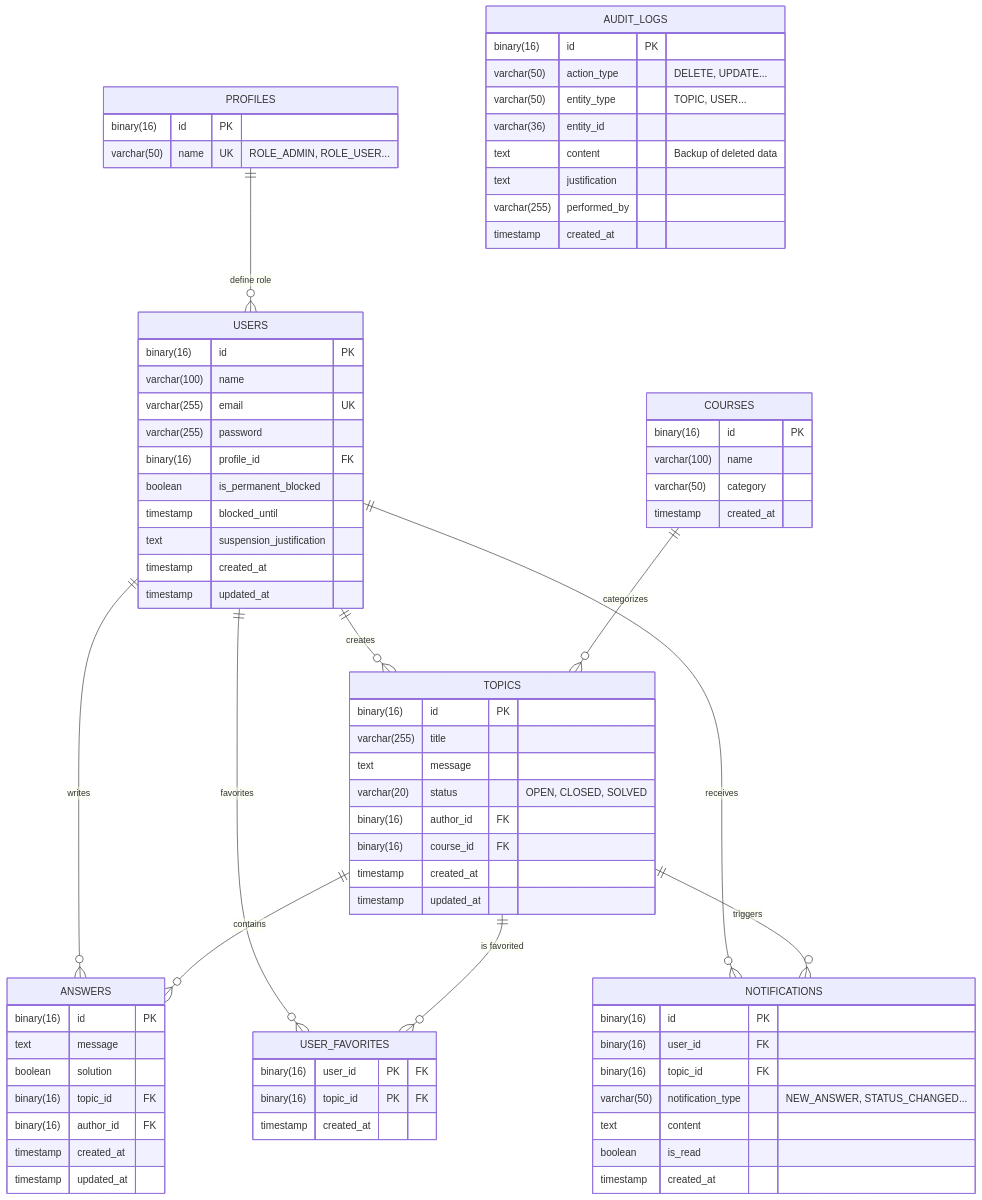
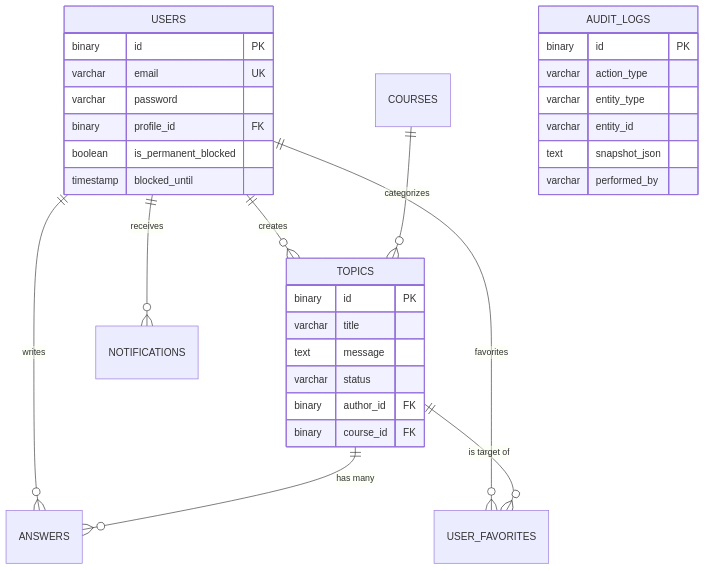
One commit to DessimA/forum-hub changed the first of 2 diagrams in docs/en/07-database.md. Above: the diagram before and after it, drawn with Mermaid. The commit also changed other lines of this file and 18 other files, not shown here.

Commit message:
docs: exaustive documentation update with Mermaid diagrams and total PT-BR/EN parity

````diff
--- a/docs/en/07-database.md
+++ b/docs/en/07-database.md
@@ -9,85 +9,39 @@
 ```mermaid
 erDiagram
-    PROFILES ||--o{ USERS : "define role"
     USERS ||--o{ TOPICS : creates
     USERS ||--o{ ANSWERS : writes
-    COURSES ||--o{ TOPICS : categorizes
-    TOPICS ||--o{ ANSWERS : contains
+    USERS ||--o{ NOTIFICATIONS : receives
     USERS ||--o{ USER_FAVORITES : favorites
-    TOPICS ||--o{ USER_FAVORITES : "is favorited"
-    USERS ||--o{ NOTIFICATIONS : receives
-    TOPICS ||--o{ NOTIFICATIONS : triggers
-
-    PROFILES {
-        binary(16) id PK
-        varchar(50) name UK "ROLE_ADMIN, ROLE_USER..."
-    }
-
+    
+    TOPICS ||--o{ ANSWERS : "has many"
+    TOPICS ||--o{ USER_FAVORITES : "is target of"
+    
+    COURSES ||--o{ TOPICS : "categorizes"
+    
     USERS {
-        binary(16) id PK
-        varchar(100) name
-        varchar(255) email UK
-        varchar(255) password
-        binary(16) profile_id FK
+        binary id PK
+        varchar email UK
+        varchar password
+        binary profile_id FK
         boolean is_permanent_blocked
         timestamp blocked_until
-        text suspension_justification
-        timestamp created_at
-        timestamp updated_at
-    }
-
-    USER_FAVORITES {
-        binary(16) user_id PK "FK"
-        binary(16) topic_id PK "FK"
-        timestamp created_at
-    }
-
-    NOTIFICATIONS {
-        binary(16) id PK
-        binary(16) user_id FK
-        binary(16) topic_id FK
-        varchar(50) notification_type "NEW_ANSWER, STATUS_CHANGED..."
-        text content
-        boolean is_read
-        timestamp created_at
-    }
-
-    COURSES {
-        binary(16) id PK
-        varchar(100) name
-        varchar(50) category
-        timestamp created_at
     }
 
     TOPICS {
-        binary(16) id PK
-        varchar(255) title
+        binary id PK
+        varchar title
         text message
-        varchar(20) status "OPEN, CLOSED, SOLVED"
-        binary(16) author_id FK
-        binary(16) course_id FK
-        timestamp created_at
-        timestamp updated_at
-    }
-
-    ANSWERS {
-        binary(16) id PK
-        text message
-        boolean solution
-        binary(16) topic_id FK
-        binary(16) author_id FK
-        timestamp created_at
-        timestamp updated_at
+        varchar status
+        binary author_id FK
+        binary course_id FK
     }
 
     AUDIT_LOGS {
-        binary(16) id PK
-        varchar(50) action_type "DELETE, UPDATE..."
-        varchar(50) entity_type "TOPIC, USER..."
-        varchar(36) entity_id
-        text content "Backup of deleted data"
-        text justification
-        varchar(255) performed_by
-        timestamp created_at
+        binary id PK
+        varchar action_type
+        varchar entity_type
+        varchar entity_id
+        text snapshot_json
+        varchar performed_by
     }
 ```
````
